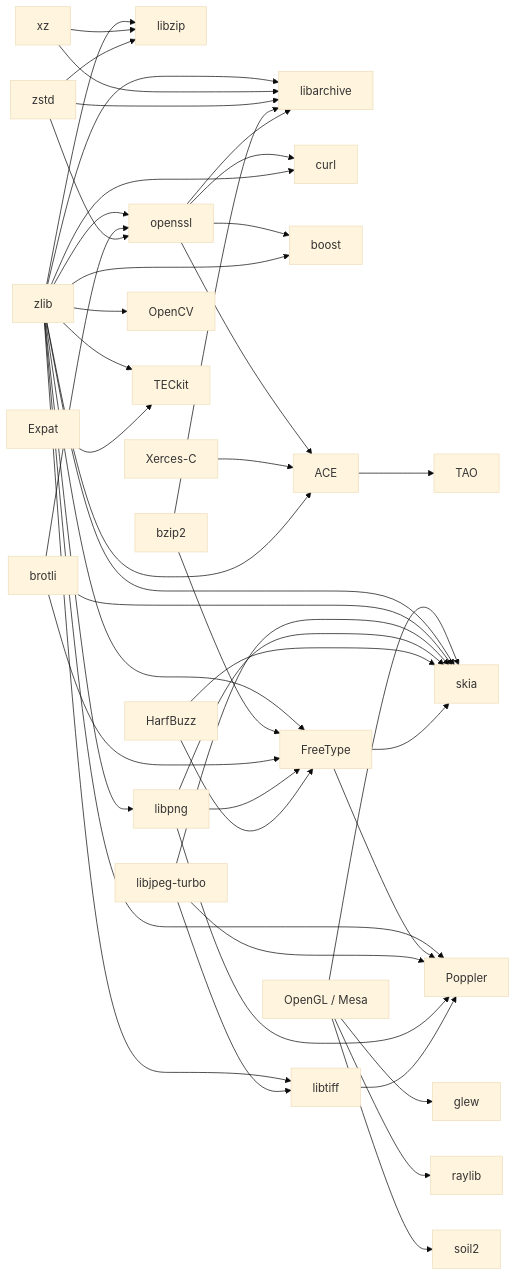
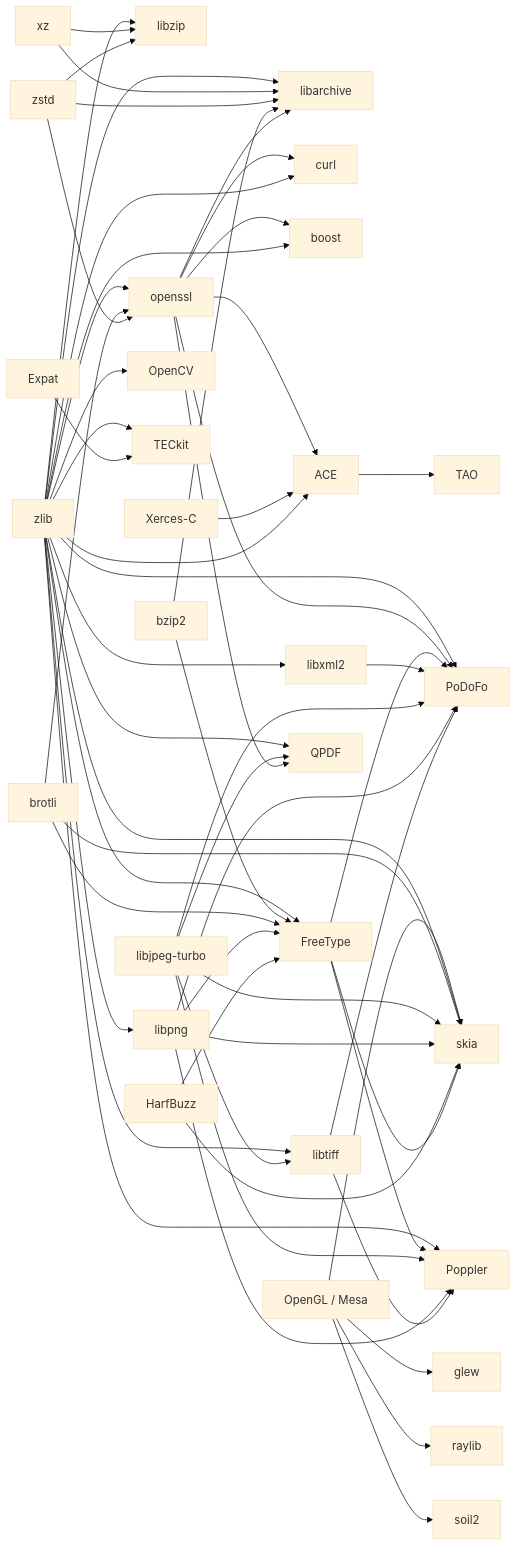
One commit to adeccscholar/BuildEngine-Admin changed the diagram in admin/server-docs/libraries.md. Above: the diagram before and after it, drawn with Mermaid (base theme). The commit also changed other lines of this file, not shown here.

Commit message:
Document libxml2 qpdf and podofo integration

````diff
--- a/admin/server-docs/libraries.md
+++ b/admin/server-docs/libraries.md
@@ -27,60 +27,74 @@
 ```mermaid
 flowchart LR
    zlib --> libzip
    xz --> libzip
    zstd --> libzip
 
    zlib --> libarchive
    xz --> libarchive
    zstd --> libarchive
    bzip2 --> libarchive
    openssl --> libarchive
 
    zlib --> openssl
    brotli --> openssl
    zstd --> openssl
 
    openssl --> curl
    zlib --> curl
 
    openssl --> boost
    zlib --> boost
 
    openssl --> ace[ACE]
    xerces[Xerces-C] --> ace
    zlib --> ace
    ace --> tao[TAO]
 
    opengl[OpenGL / Mesa] --> glew
    opengl --> raylib
    opengl --> soil2
 
    zlib --> libpng
    zlib --> libtiff
    jpeg[libjpeg-turbo] --> libtiff
 
    zlib --> freetype[FreeType]
    bzip2 --> freetype
    brotli --> freetype
    libpng --> freetype
    harfbuzz[HarfBuzz] --> freetype
 
    opengl --> skia
    zlib --> skia
    brotli --> skia
    jpeg --> skia
    libpng --> skia
    harfbuzz --> skia
    freetype --> skia
 
    zlib --> opencv[OpenCV]
 
    zlib --> teckit[TECkit]
    expat[Expat] --> teckit
 
+   zlib --> libxml2[libxml2]
+
+   zlib --> qpdf[QPDF]
+   jpeg --> qpdf
+   openssl --> qpdf
+
+   zlib --> podofo[PoDoFo]
+   openssl --> podofo
+   freetype --> podofo
+   libxml2 --> podofo
+   jpeg --> podofo
+   libpng --> podofo
+   libtiff --> podofo
+
    zlib --> poppler[Poppler]
    freetype --> poppler
    jpeg --> poppler
    libpng --> poppler
    libtiff --> poppler
 ```
````
